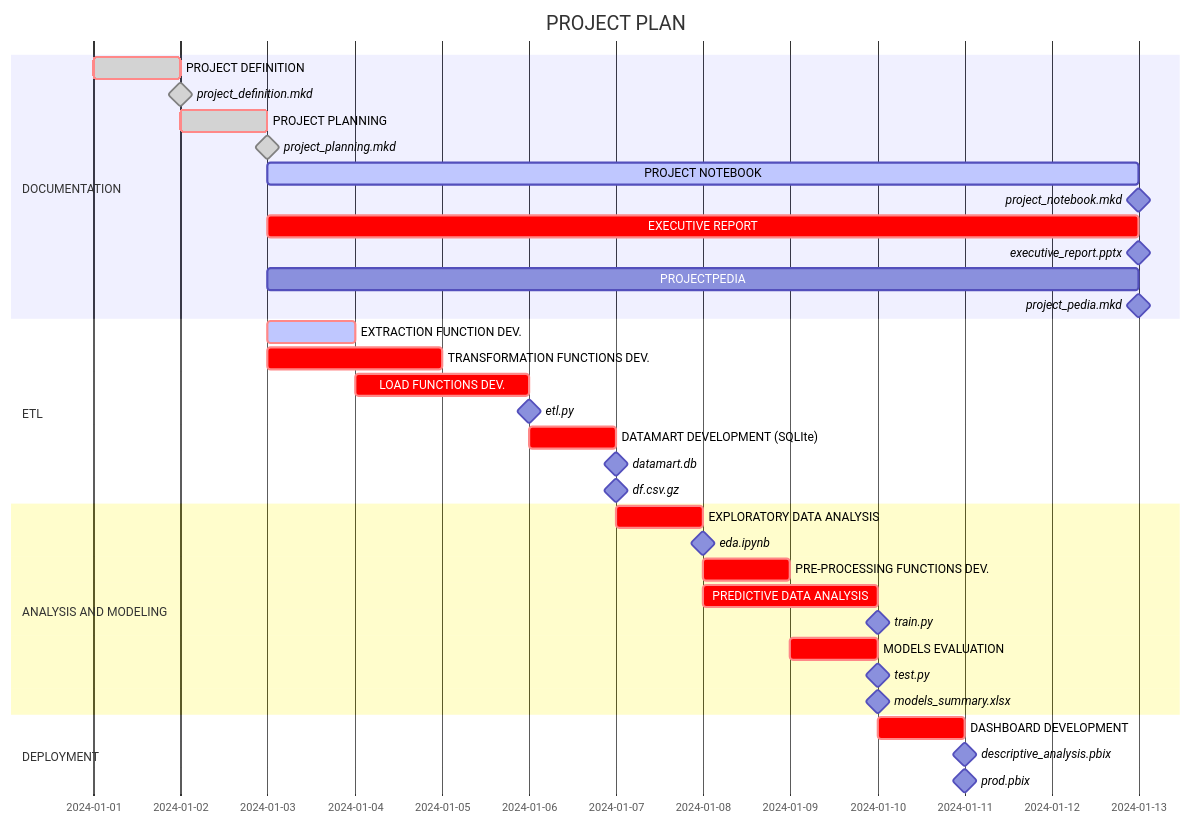
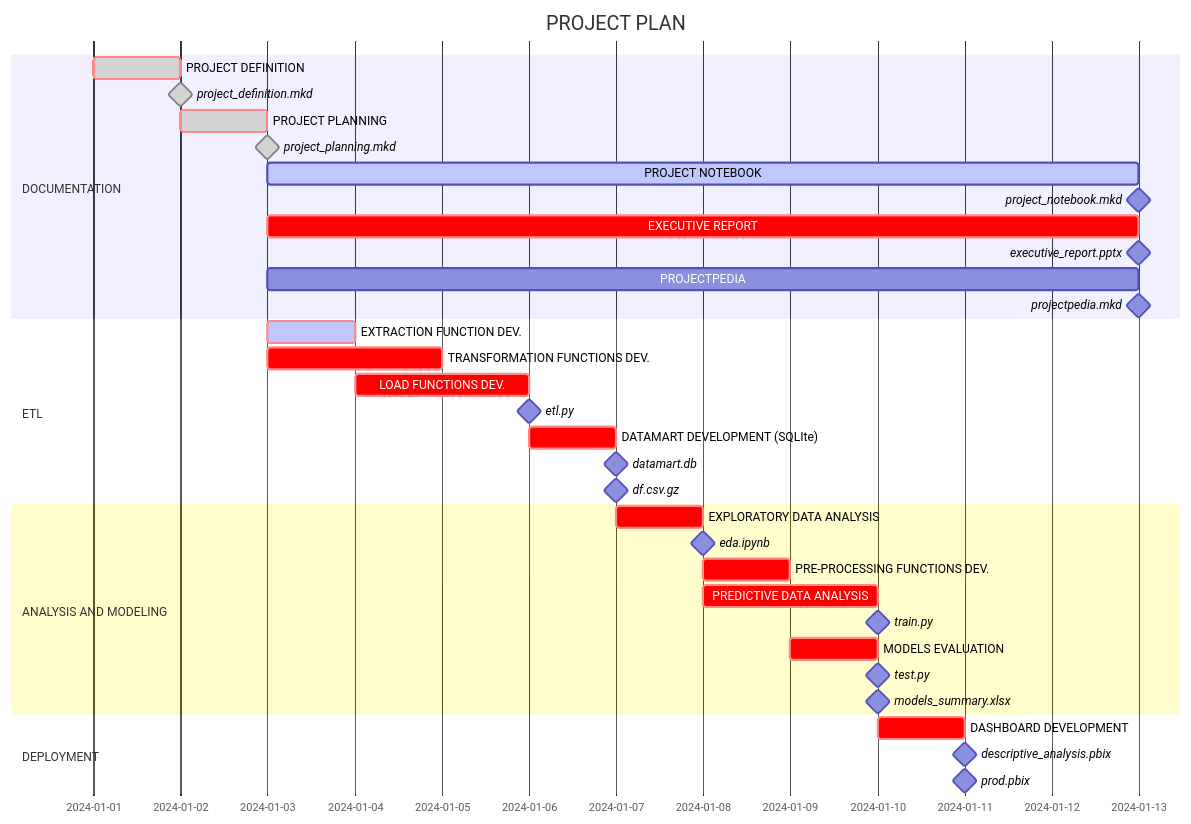
Before and after one commit to zapallo-droid-ca/2023_WDI_ts_GDP_forecasting: the diagram in docs/project_planning.mkd, drawn with Mermaid. The commit also changed other lines of this file, not shown here.

````diff
--- a/docs/project_planning.mkd
+++ b/docs/project_planning.mkd
@@ -41,42 +41,42 @@
 ```mermaid renderAs=mermaid
 gantt
        dateFormat  YYYY-MM-DD
        title PROJECT PLAN
 
        section DOCUMENTATION
        PROJECT DEFINITION            :crit,      done, des01, 2024-01-01 , 1d
 	   project_definition.mkd        :milestone, done,        after des01, 0d
        PROJECT PLANNING              :crit,      done, des02, after des01, 1d
 	   project_planning.mkd          :milestone, done,        after des02, 0d
        PROJECT NOTEBOOK              :active,  		   des03, after des02, 10d
 	   project_notebook.mkd			 :milestone,            , after des03, 0d
        EXECUTIVE REPORT              :crit,            des04, after des02, 10d
 	   executive_report.pptx         :milestone,            , after des04, 0d
 	   PROJECTPEDIA					 :			 	   des14, after des02, 10d
-	   project_pedia.mkd			 :milestone, 	        , after des14, 0d
+	   projectpedia.mkd			 :milestone, 	        , after des14, 0d
 
        section ETL
        EXTRACTION FUNCTION DEV. 	 :crit, active,    des05, after des02, 1d
        TRANSFORMATION FUNCTIONS DEV. :crit,            des06, after des02, 2d
 	   LOAD FUNCTIONS DEV.			 :crit,            des07, after des05, 2d
 	   etl.py						 :milestone,            , after des07, 0d
 	   DATAMART DEVELOPMENT (SQLIte) :crit,            des08, after des07, 1d
 	   datamart.db                   :milestone,            , after des08, 0d
 	   df.csv.gz	                 :milestone,            , after des08, 0d
 
        section ANALYSIS AND MODELING
        EXPLORATORY DATA ANALYSIS     :crit,            des09, after des08, 1d
 	   eda.ipynb                     :milestone,            , after des09, 0d
 	   PRE-PROCESSING FUNCTIONS DEV. :crit,            des10, after des09, 1d
 	   PREDICTIVE DATA ANALYSIS      :crit,            des11, after des09, 2d
 	   train.py                      :milestone,            , after des11, 0d
 	   MODELS EVALUATION             :crit,            des12, after des10, 1d
 	   test.py                       :milestone,            , after des12, 0d
 	   models_summary.xlsx           :milestone,            , after des12, 0d
 	   
 	   section DEPLOYMENT
        DASHBOARD DEVELOPMENT         :crit,            des13, after des12, 1d
 	   descriptive_analysis.pbix     :milestone,            , after des13, 0d
 	   prod.pbix                     :milestone,            , after des13, 0d
 	   
 ```
````
